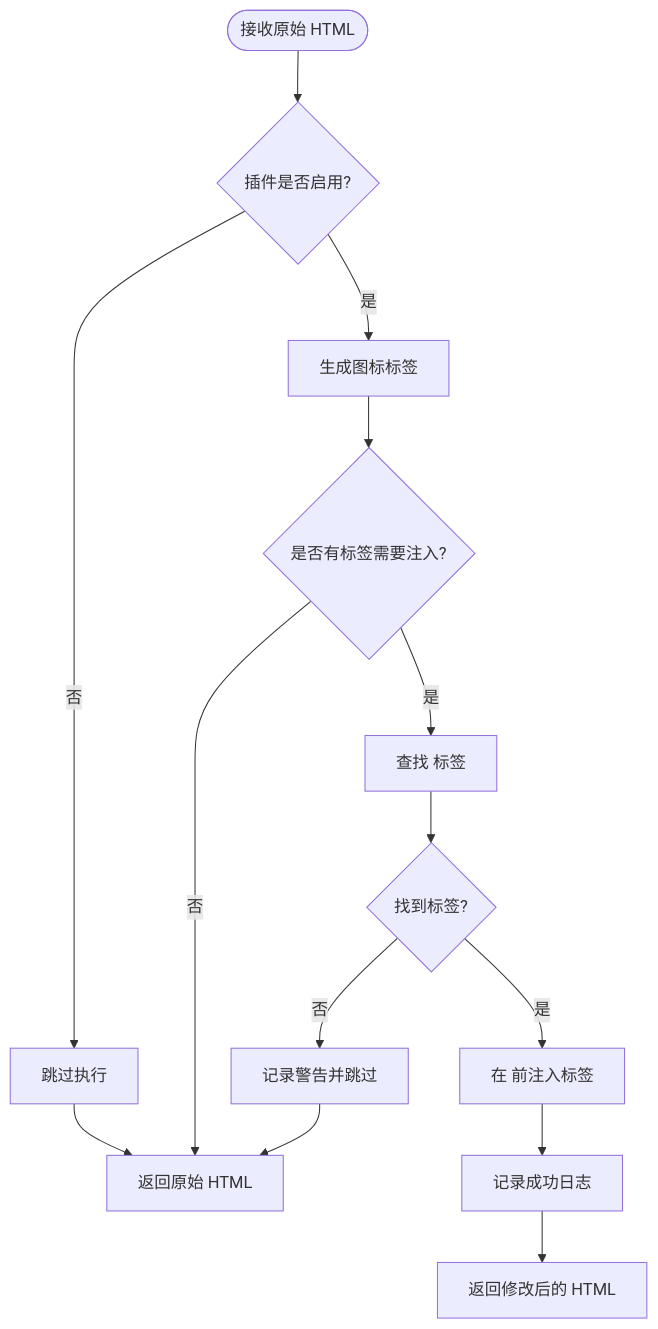
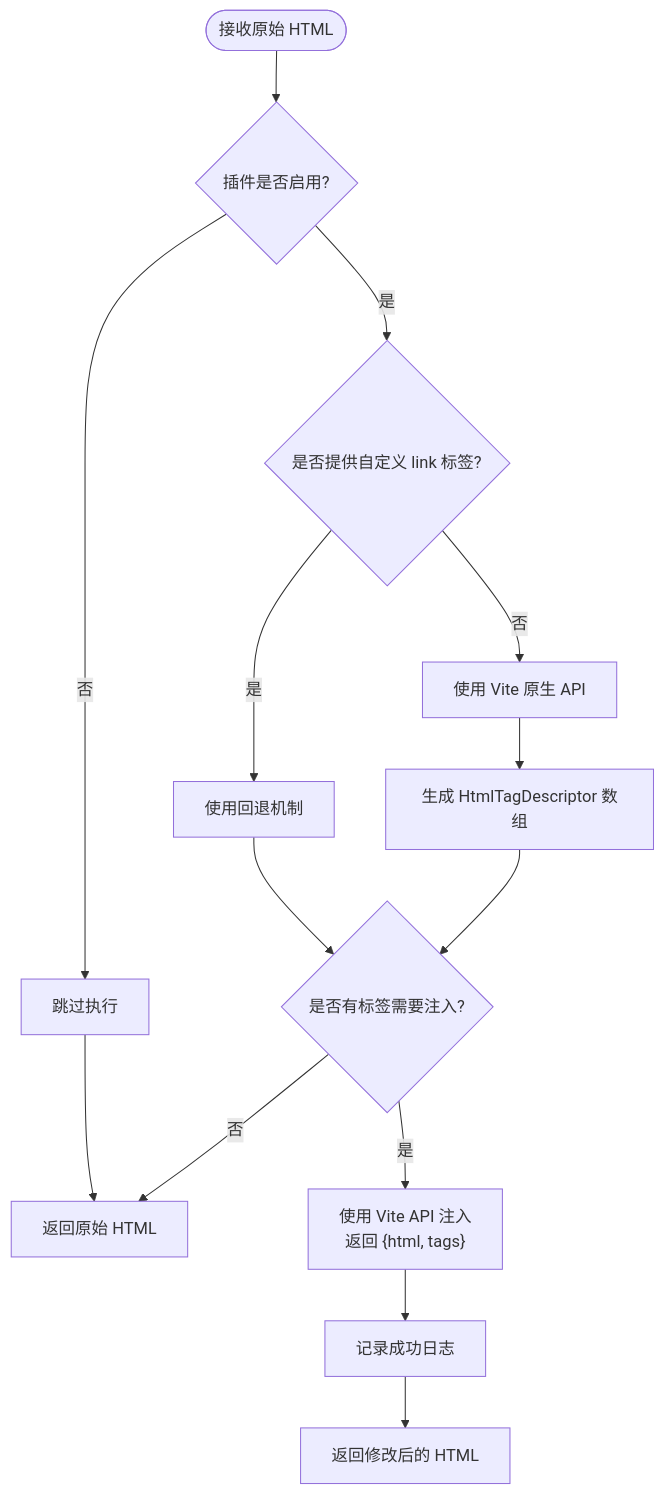
One commit to MengXi-Studio/vite-plugin changed the eighth of 10 diagrams in .qoder/repowiki/zh/content/核心插件/图标注入插件 (injectIco).md. Above: the diagram before and after it, drawn with Mermaid. The commit also changed other lines of this file and 8 other files, not shown here.

````diff
--- a/.qoder/repowiki/zh/content/核心插件/图标注入插件 (injectIco).md
+++ b/.qoder/repowiki/zh/content/核心插件/图标注入插件 (injectIco).md
@@ -284,16 +307,16 @@
 ```mermaid
 flowchart TD
 HTMLStart([接收原始 HTML]) --> CheckEnabled{"插件是否启用?"}
 CheckEnabled --> |否| SkipExecution["跳过执行"]
-CheckEnabled --> |是| GenerateTags["生成图标标签"]
-GenerateTags --> CheckTags{"是否有标签需要注入?"}
+CheckEnabled --> |是| CheckLink{"是否提供自定义 link 标签?"}
+CheckLink --> |是| UseFallback["使用回退机制"]
+CheckLink --> |否| UseViteAPI["使用 Vite 原生 API"]
+UseFallback --> CheckTags{"是否有标签需要注入?"}
+UseViteAPI --> GenerateTags["生成 HtmlTagDescriptor 数组"]
+GenerateTags --> CheckTags
 CheckTags --> |否| ReturnOriginal["返回原始 HTML"]
-CheckTags --> |是| FindHead["查找 </head> 标签"]
-FindHead --> HeadFound{"找到标签?"}
-HeadFound --> |否| WarnSkip["记录警告并跳过"]
-HeadFound --> |是| InjectTags["在 </head> 前注入标签"]
-InjectTags --> LogSuccess["记录成功日志"]
+CheckTags --> |是| InjectVite["使用 Vite API 注入<br/>返回 {html, tags}"]
+InjectVite --> LogSuccess["记录成功日志"]
 LogSuccess --> ReturnModified["返回修改后的 HTML"]
 SkipExecution --> ReturnOriginal
-WarnSkip --> ReturnOriginal
 ```
````
